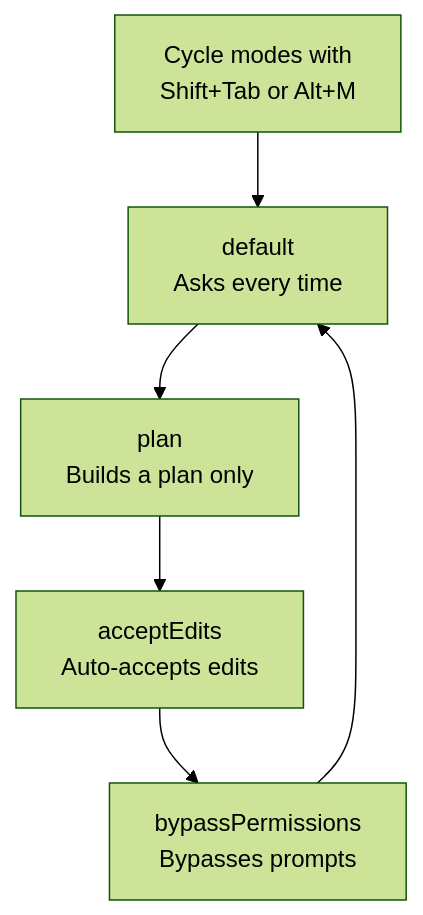
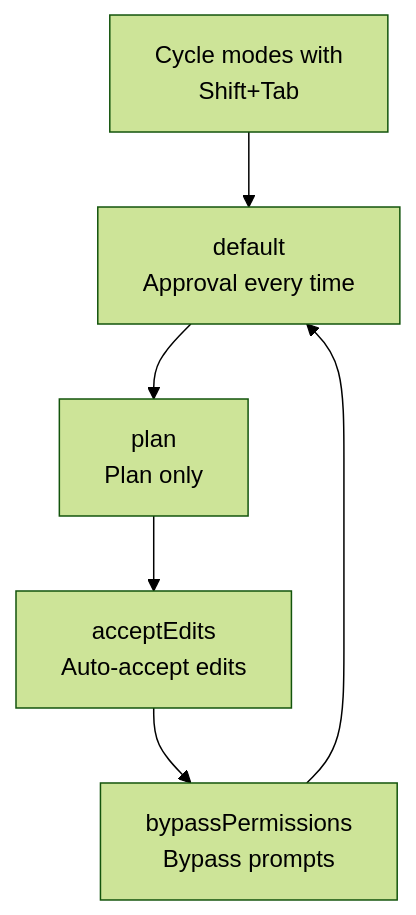
The diagram in docs-site/content/en/claude-code/foundations/interactive-mode.md (modu-ai/moai-adk), drawn with Mermaid (forest theme) before and after one commit. The commit also changed other lines of this file and 395 other files, not shown here.

````diff
--- a/docs-site/content/en/claude-code/foundations/interactive-mode.md
+++ b/docs-site/content/en/claude-code/foundations/interactive-mode.md
@@ -119,8 +119,8 @@
 ```mermaid
 flowchart TD
-    A[Cycle modes with<br>Shift+Tab or Alt+M] --> B[default<br>Asks every time]
-    B --> C[plan<br>Builds a plan only]
-    C --> D[acceptEdits<br>Auto-accepts edits]
-    D --> E[bypassPermissions<br>Bypasses prompts]
+    A[Cycle modes with<br>Shift+Tab] --> B[default<br>Approval every time]
+    B --> C[plan<br>Plan only]
+    C --> D[acceptEdits<br>Auto-accept edits]
+    D --> E[bypassPermissions<br>Bypass prompts]
     E --> B
 ```
````
